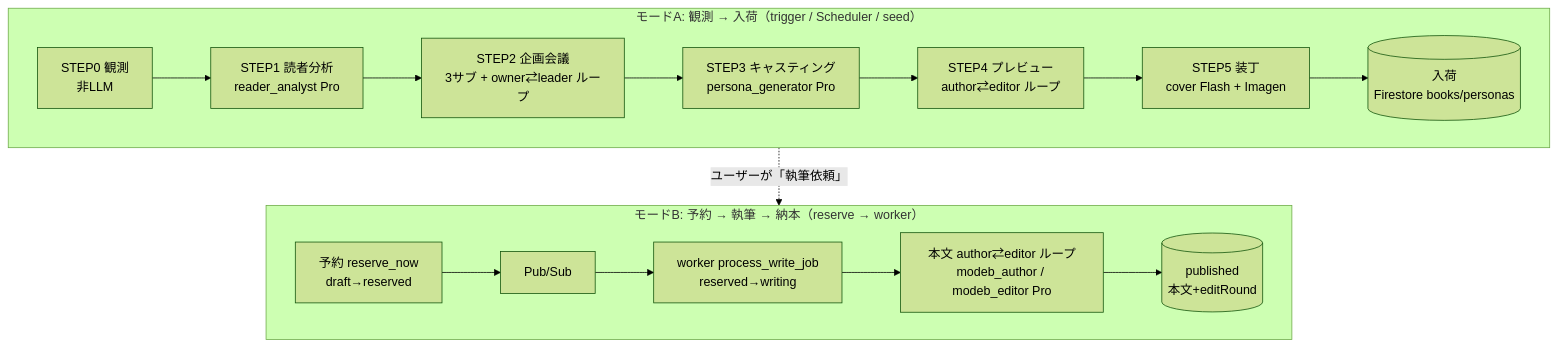
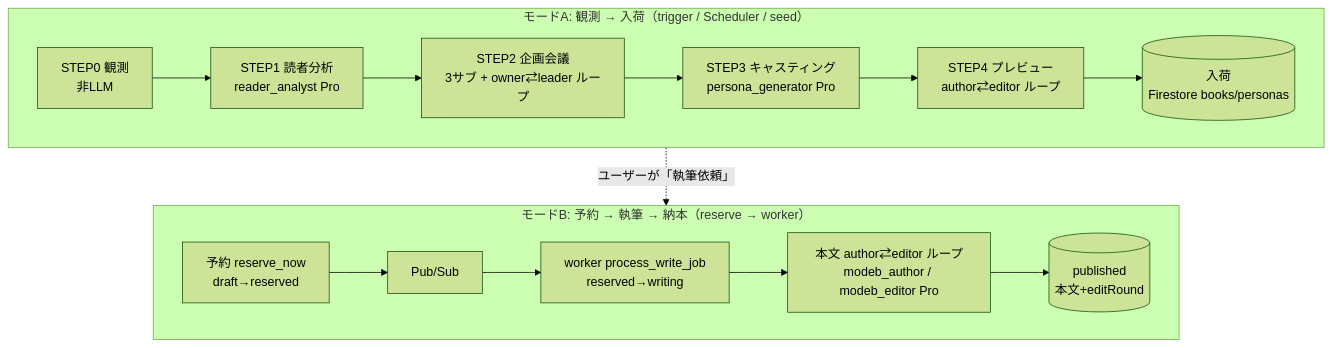
One commit to cloud-dojo/publishr changed the first of 2 diagrams in docs/design/agent-pipeline.md. Above: the diagram before and after it, drawn with Mermaid (forest theme). The commit also changed other lines of this file and 26 other files, not shown here.

````diff
--- a/docs/design/agent-pipeline.md
+++ b/docs/design/agent-pipeline.md
@@ -11,22 +11,21 @@
 ```mermaid
 flowchart TD
     subgraph A["モードA: 観測 → 入荷（trigger / Scheduler / seed）"]
         direction LR
         OBS[STEP0 観測<br/>非LLM] --> RDR[STEP1 読者分析<br/>reader_analyst Pro]
         RDR --> PLN[STEP2 企画会議<br/>3サブ + owner⇄leader ループ]
         PLN --> CAST[STEP3 キャスティング<br/>persona_generator Pro]
         CAST --> PRV[STEP4 プレビュー<br/>author⇄editor ループ]
-        PRV --> COV[STEP5 装丁<br/>cover Flash + Imagen]
-        COV --> ARR[(入荷<br/>Firestore books/personas)]
+        PRV --> ARR[(入荷<br/>Firestore books/personas)]
     end
 
     subgraph B["モードB: 予約 → 執筆 → 納本（reserve → worker）"]
         direction LR
         RES[予約 reserve_now<br/>draft→reserved] --> Q[Pub/Sub]
         Q --> W[worker process_write_job<br/>reserved→writing]
         W --> BODY[本文 author⇄editor ループ<br/>modeb_author / modeb_editor Pro]
         BODY --> PUB[(published<br/>本文+editRound)]
     end
 
     ARR -. ユーザーが「執筆依頼」 .-> RES
 ```
````
